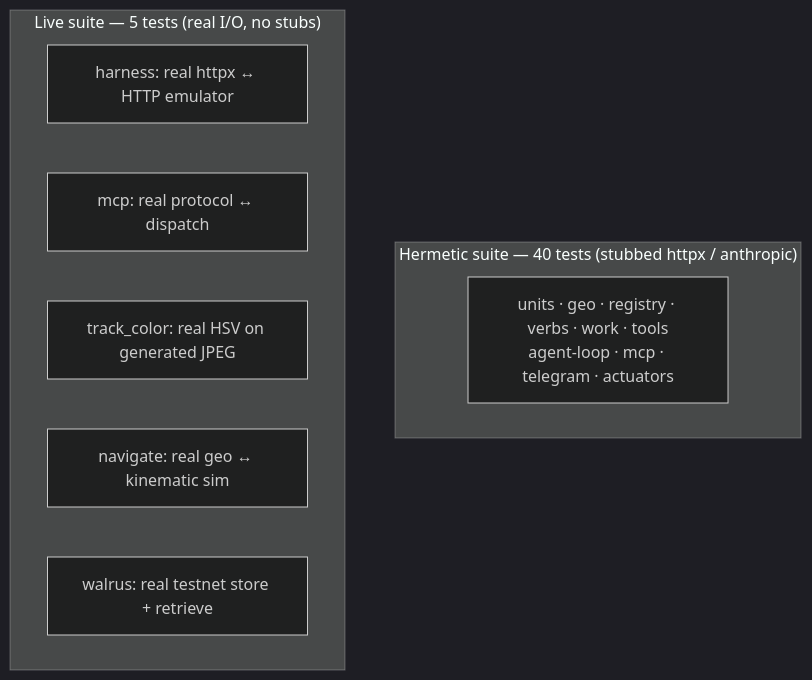
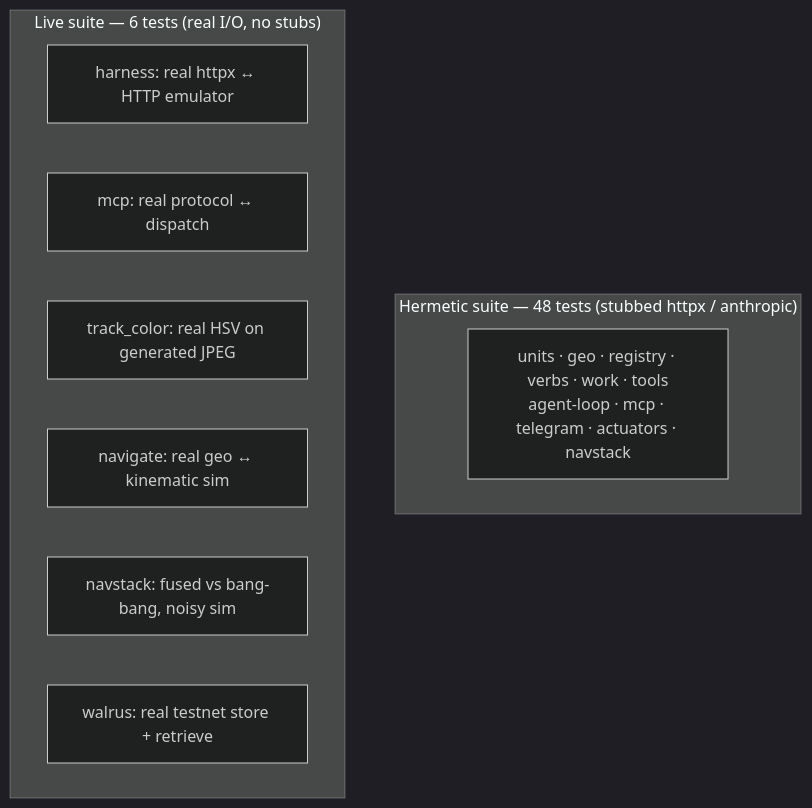
One commit to 0xSoftBoi/mini-plus-agent-kit changed diagram 14 of 14 in docs/ARCHITECTURE.md. Above: the diagram before and after it, drawn with Mermaid (dark theme). The commit also changed other lines of this file and 7 other files, not shown here.

````diff
--- a/docs/ARCHITECTURE.md
+++ b/docs/ARCHITECTURE.md
@@ -415,13 +487,14 @@
 ```mermaid
 flowchart TB
-  subgraph H["Hermetic suite &mdash; 40 tests (stubbed httpx / anthropic)"]
-    HU["units · geo · registry · verbs · work · tools<br/>agent-loop · mcp · telegram · actuators"]
+  subgraph H["Hermetic suite &mdash; 48 tests (stubbed httpx / anthropic)"]
+    HU["units · geo · registry · verbs · work · tools<br/>agent-loop · mcp · telegram · actuators · navstack"]
   end
-  subgraph L["Live suite &mdash; 5 tests (real I/O, no stubs)"]
+  subgraph L["Live suite &mdash; 6 tests (real I/O, no stubs)"]
     L1["harness: real httpx &harr; HTTP emulator"]
     L2["mcp: real protocol &harr; dispatch"]
     L3["track_color: real HSV on generated JPEG"]
     L4["navigate: real geo &harr; kinematic sim"]
-    L5["walrus: real testnet store + retrieve"]
+    L5["navstack: fused vs bang-bang, noisy sim"]
+    L6["walrus: real testnet store + retrieve"]
   end
 ```
````
